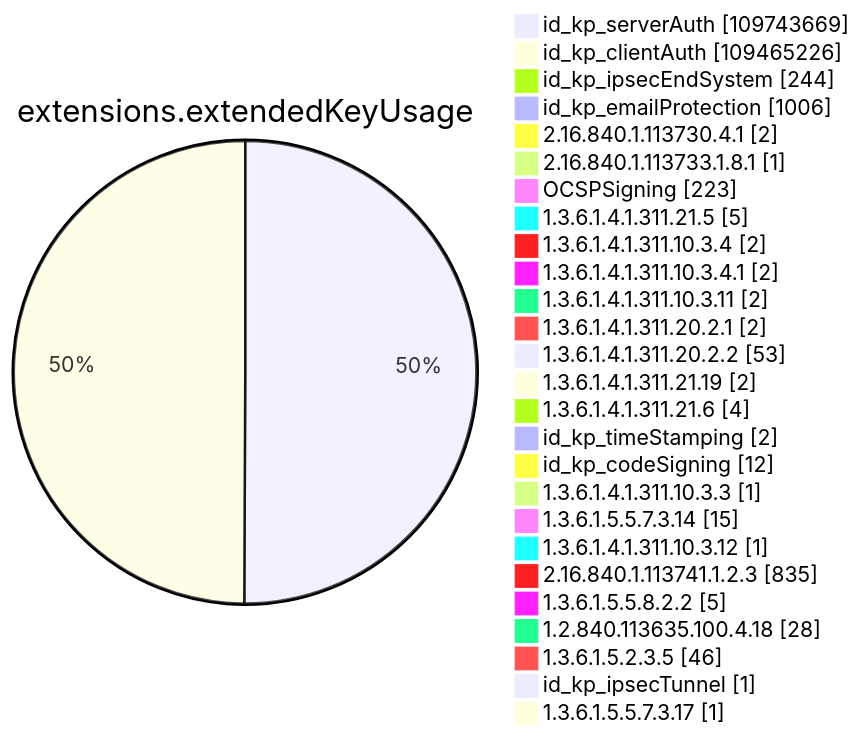
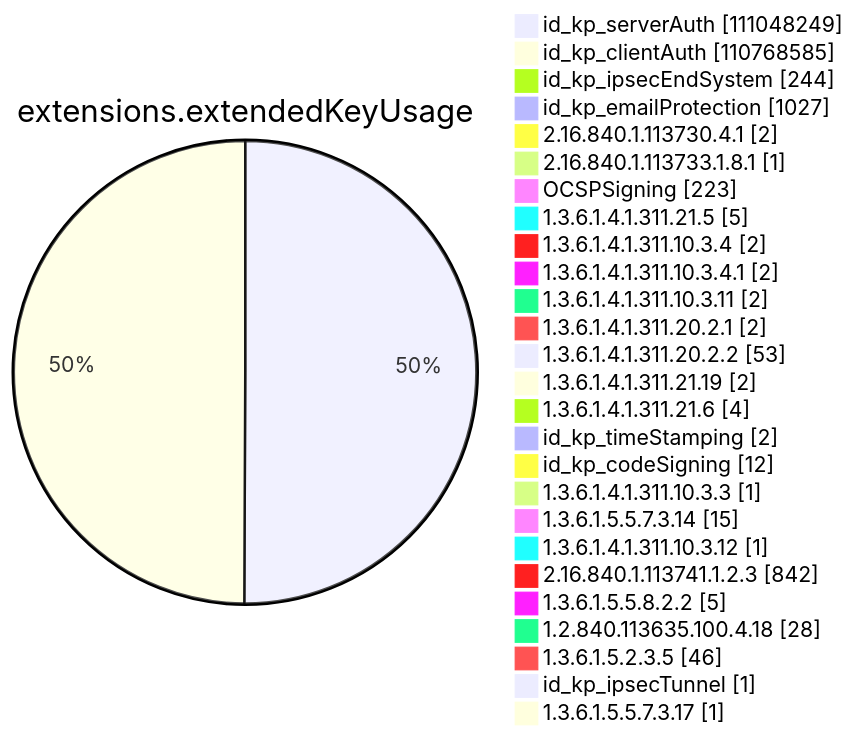
One commit to christiankrug/ctmonitor_visualization changed diagram 11 of 15 in xenon2023/README.md. Above: the diagram before and after it, drawn with Mermaid. The commit also changed other lines of this file, not shown here.

````diff
--- a/xenon2023/README.md
+++ b/xenon2023/README.md
@@ -2648,30 +2653,30 @@
 ```mermaid
 pie showData
 title extensions.extendedKeyUsage
-"id_kp_serverAuth" :109743669
-"id_kp_clientAuth" :109465226
+"id_kp_serverAuth" :111048249
+"id_kp_clientAuth" :110768585
 "id_kp_ipsecEndSystem" :244
-"id_kp_emailProtection" :1006
+"id_kp_emailProtection" :1027
 "2.16.840.1.113730.4.1" :2
 "2.16.840.1.113733.1.8.1" :1
 "OCSPSigning" :223
 "1.3.6.1.4.1.311.21.5" :5
 "1.3.6.1.4.1.311.10.3.4" :2
 "1.3.6.1.4.1.311.10.3.4.1" :2
 "1.3.6.1.4.1.311.10.3.11" :2
 "1.3.6.1.4.1.311.20.2.1" :2
 "1.3.6.1.4.1.311.20.2.2" :53
 "1.3.6.1.4.1.311.21.19" :2
 "1.3.6.1.4.1.311.21.6" :4
 "id_kp_timeStamping" :2
 "id_kp_codeSigning" :12
 "1.3.6.1.4.1.311.10.3.3" :1
 "1.3.6.1.5.5.7.3.14" :15
 "1.3.6.1.4.1.311.10.3.12" :1
-"2.16.840.1.113741.1.2.3" :835
+"2.16.840.1.113741.1.2.3" :842
 "1.3.6.1.5.5.8.2.2" :5
 "1.2.840.113635.100.4.18" :28
 "1.3.6.1.5.2.3.5" :46
 "id_kp_ipsecTunnel" :1
 "1.3.6.1.5.5.7.3.17" :1
 ```
````
